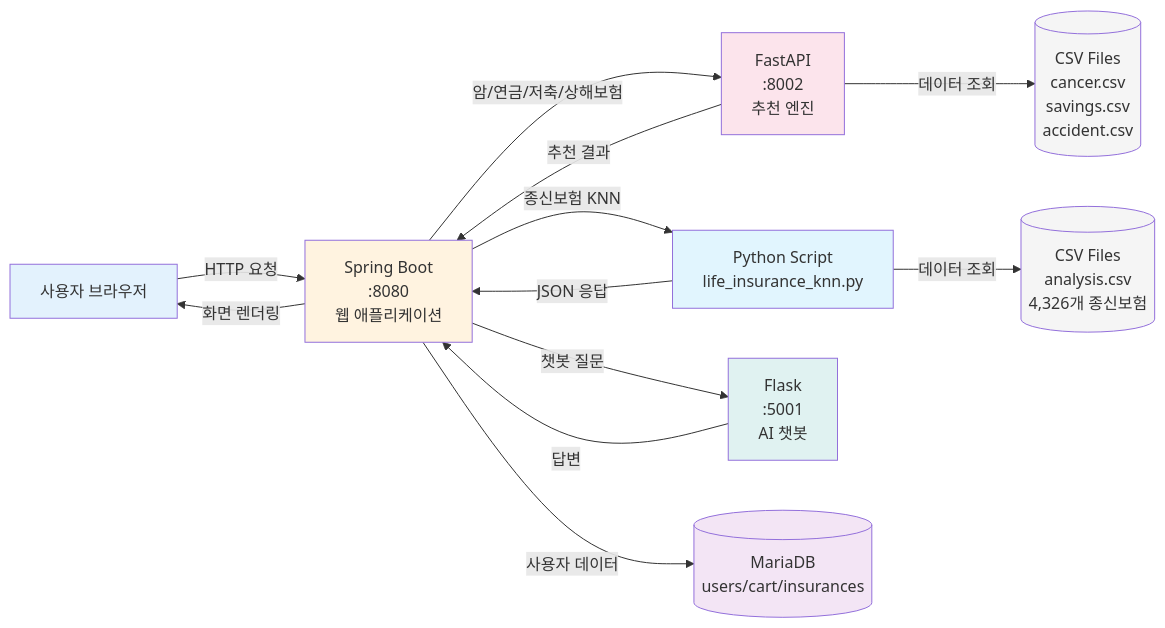
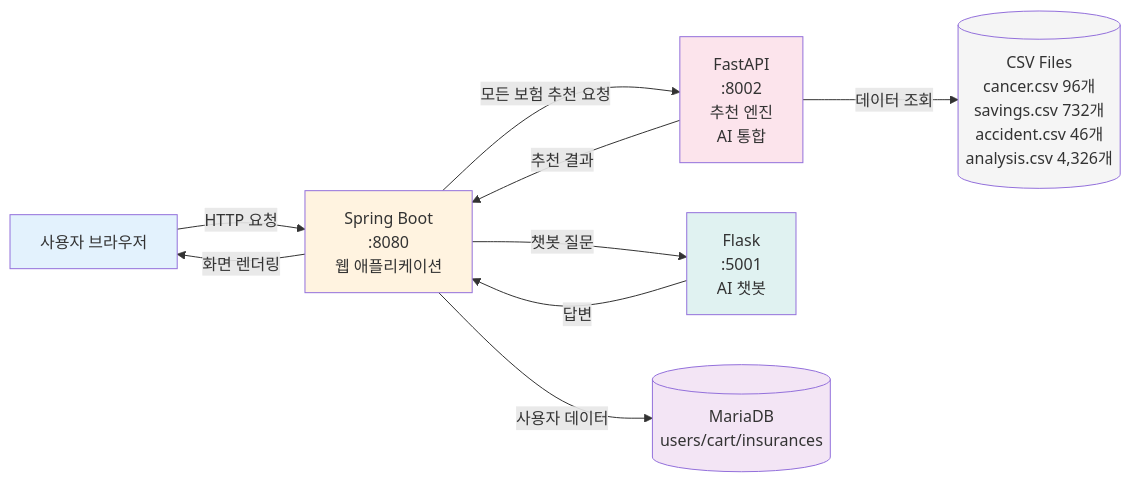
One commit to wlghksw/InsuranceProject changed the first of 2 diagrams in README.md. Above: the diagram before and after it, drawn with Mermaid. The commit also changed other lines of this file, not shown here.

````diff
--- a/README.md
+++ b/README.md
@@ -203,26 +213,21 @@
 ```mermaid
 flowchart LR
     User[사용자 브라우저] -->|HTTP 요청| Spring[Spring Boot<br/>:8080<br/>웹 애플리케이션]
-    
-    Spring -->|암/연금/저축/상해보험| FastAPI[FastAPI<br/>:8002<br/>추천 엔진]
-    Spring -->|종신보험 KNN| Python[Python Script<br/>life_insurance_knn.py]
+
+    Spring -->|모든 보험 추천 요청| FastAPI[FastAPI<br/>:8002<br/>추천 엔진<br/>AI 통합]
     Spring -->|챗봇 질문| Flask[Flask<br/>:5001<br/>AI 챗봇]
-    
-    FastAPI -->|데이터 조회| CSV1[(CSV Files<br/>cancer.csv<br/>savings.csv<br/>accident.csv)]
-    Python -->|데이터 조회| CSV2[(CSV Files<br/>analysis.csv<br/>4,326개 종신보험)]
+
+    FastAPI -->|데이터 조회| CSV[(CSV Files<br/>cancer.csv 96개<br/>savings.csv 732개<br/>accident.csv 46개<br/>analysis.csv 4,326개)]
     Spring -->|사용자 데이터| DB[(MariaDB<br/>users/cart/insurances)]
-    
+
     FastAPI -->|추천 결과| Spring
-    Python -->|JSON 응답| Spring
     Flask -->|답변| Spring
     Spring -->|화면 렌더링| User
-    
+
     style User fill:#e3f2fd
     style Spring fill:#fff3e0
     style FastAPI fill:#fce4ec
-    style Python fill:#e1f5fe
     style Flask fill:#e0f2f1
-    style CSV1 fill:#f5f5f5
-    style CSV2 fill:#f5f5f5
+    style CSV fill:#f5f5f5
     style DB fill:#f3e5f5
 ```
````
